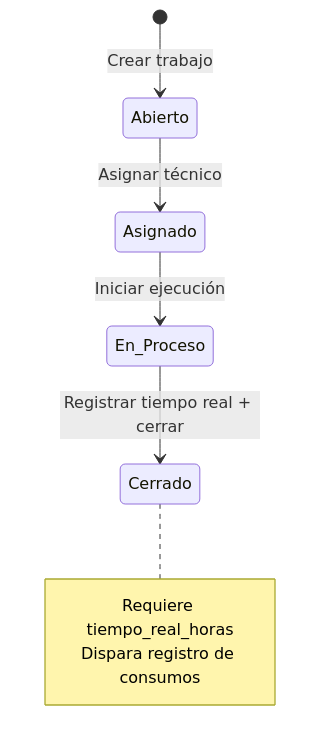
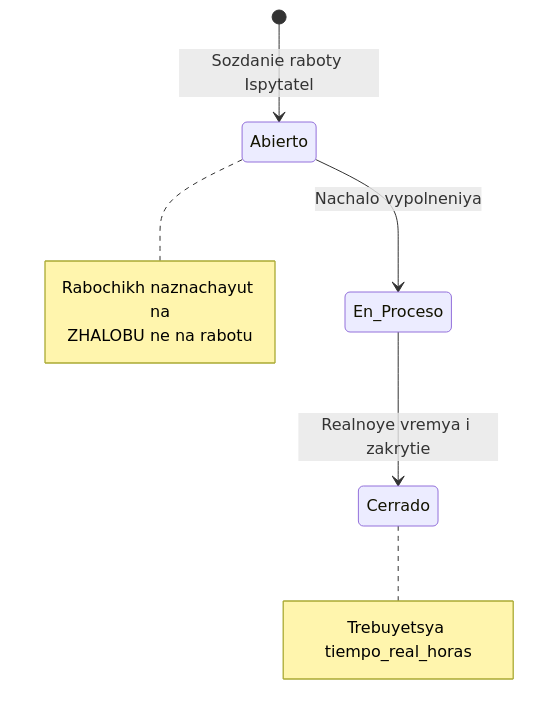
The second of 4 diagrams in docs/09_state_machines.ru.md (ybotet/SISGAD5_1.0), drawn with Mermaid before and after one commit. The commit also changed other lines of this file and 1 other file, not shown here.

````diff
--- a/docs/09_state_machines.ru.md
+++ b/docs/09_state_machines.ru.md
@@ -118,12 +139,15 @@
 ```mermaid
 stateDiagram-v2
-    [*] --> Abierto: Crear trabajo
-    Abierto --> Asignado: Asignar técnico
-    Asignado --> En_Proceso: Iniciar ejecución
-    En_Proceso --> Cerrado: Registrar tiempo real + cerrar
-    
+    [*] --> Abierto: Sozdanie raboty Ispytatel
+    Abierto --> En_Proceso: Nachalo vypolneniya
+    En_Proceso --> Cerrado: Realnoye vremya i zakrytie
+
+    note right of Abierto
+        Rabochikh naznachayut na
+        ZHALOBU ne na rabotu
+    end note
+
     note right of Cerrado
-        Requiere tiempo_real_horas
-        Dispara registro de consumos
+        Trebuyetsya tiempo_real_horas
     end note
 ```
````
